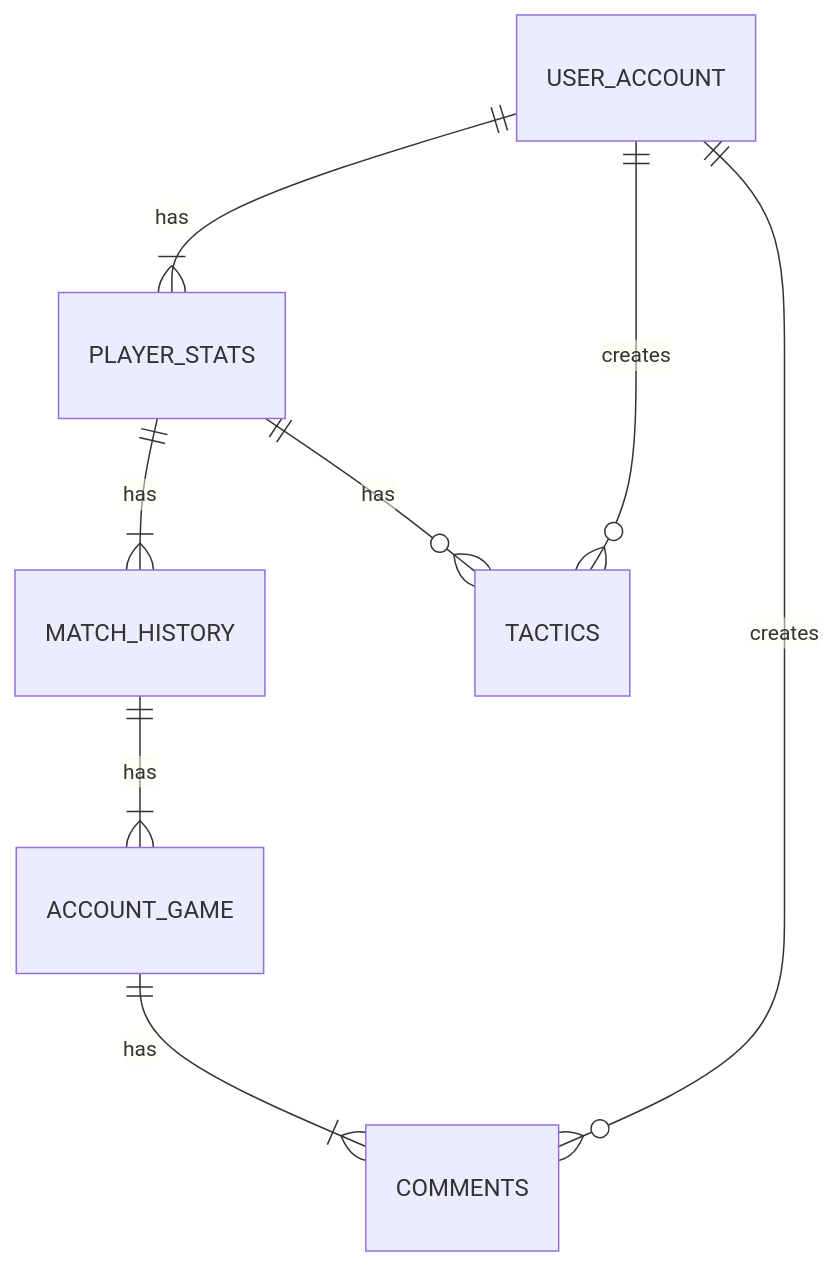
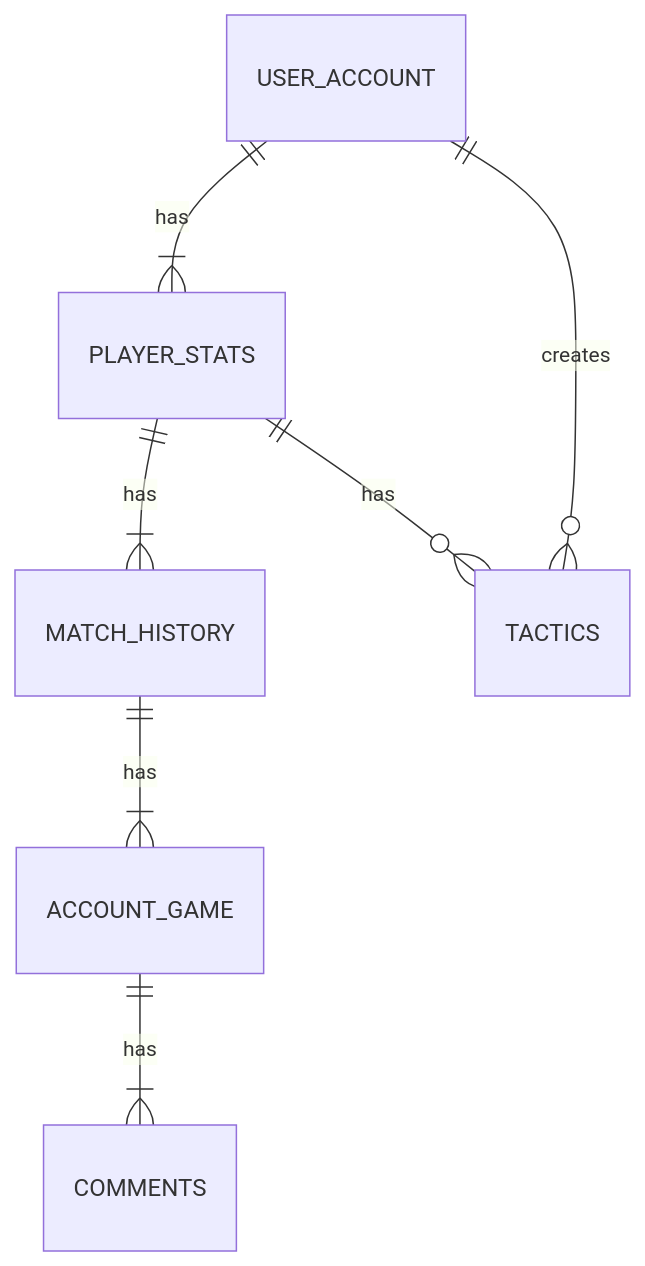
One commit to MarianoUnosquare17/imspector-vuejs changed the first of 2 diagrams in README.md. Above: the diagram before and after it, drawn with Mermaid. The commit also changed other lines of this file and 4 other files, not shown here.

````diff
--- a/README.md
+++ b/README.md
@@ -28,12 +28,11 @@
 ```mermaid
 erDiagram
     
     USER_ACCOUNT ||--|{ PLAYER_STATS : has
     PLAYER_STATS ||--|{ MATCH_HISTORY : has
     MATCH_HISTORY ||--|{ ACCOUNT_GAME : has
     ACCOUNT_GAME ||--|{ COMMENTS : has
     USER_ACCOUNT ||--o{ TACTICS : creates
     PLAYER_STATS ||--o{ TACTICS : has
-    USER_ACCOUNT ||--o{ COMMENTS : creates
     
 ```
````
